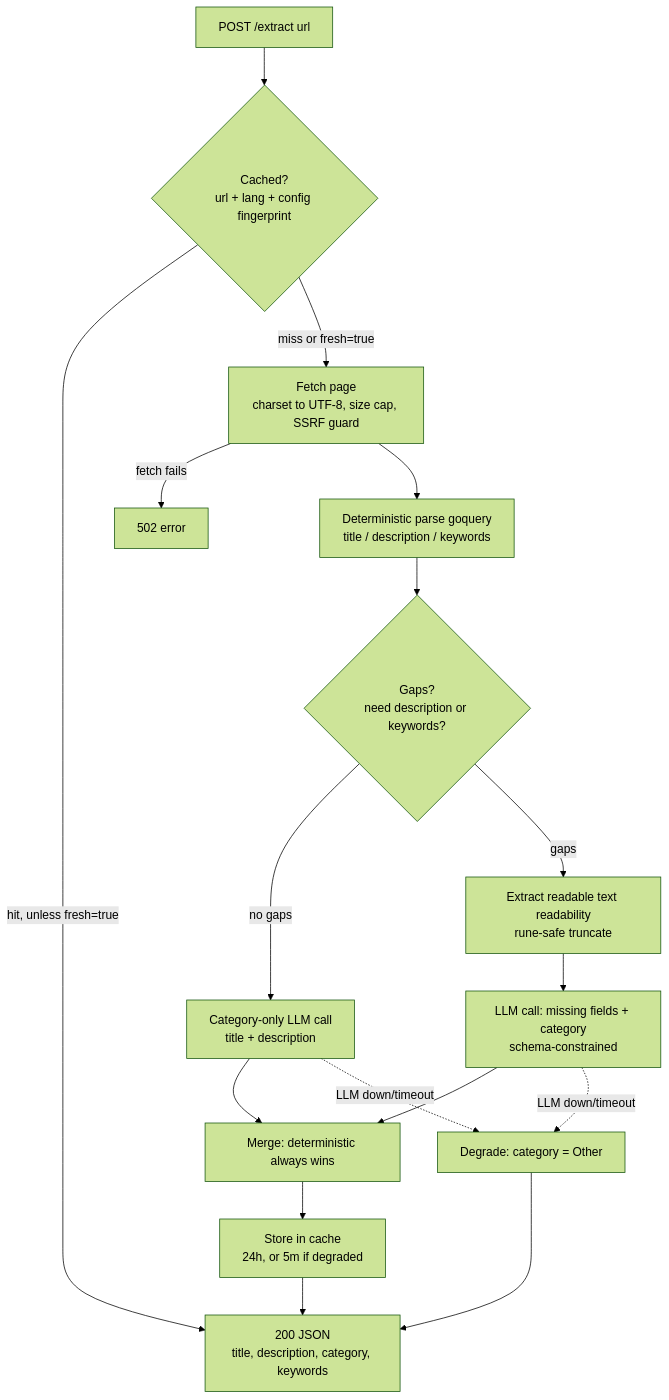
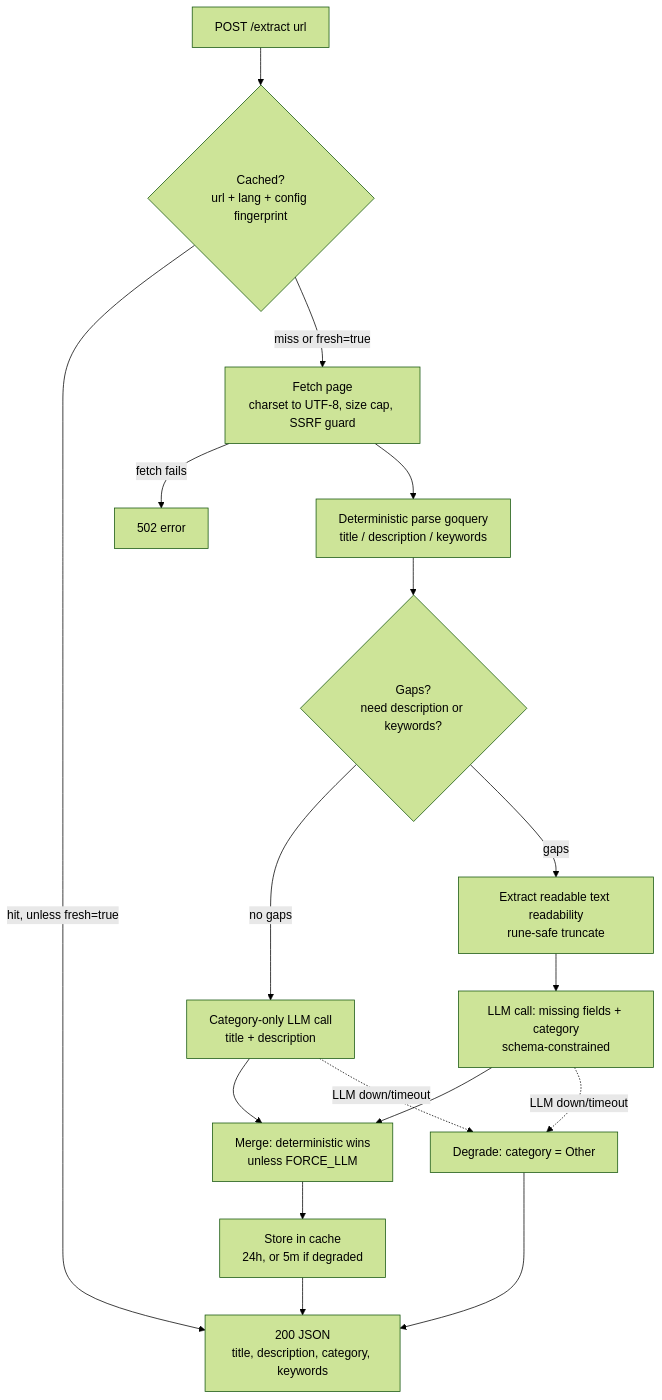
One commit to t0mer/linkmeta changed the first of 2 diagrams in README.md. Above: the diagram before and after it, drawn with Mermaid (forest theme). The commit also changed other lines of this file, not shown here.

````diff
--- a/README.md
+++ b/README.md
@@ -30,20 +66,20 @@
 ```mermaid
 flowchart TD
     A[POST /extract url] --> K{Cached?<br/>url + lang + config fingerprint}
     K -->|hit, unless fresh=true| I
     K -->|miss or fresh=true| B
     B[Fetch page<br/>charset to UTF-8, size cap, SSRF guard]
     B -->|fetch fails| E[502 error]
     B --> C[Deterministic parse goquery<br/>title / description / keywords]
     C --> D{Gaps?<br/>need description or keywords?}
     D -->|no gaps| G[Category-only LLM call<br/>title + description]
     D -->|gaps| F[Extract readable text readability<br/>rune-safe truncate]
     F --> G2[LLM call: missing fields + category<br/>schema-constrained]
-    G --> H[Merge: deterministic always wins]
+    G --> H[Merge: deterministic wins<br/>unless FORCE_LLM]
     G2 --> H
     H --> S[Store in cache<br/>24h, or 5m if degraded]
     S --> I[200 JSON<br/>title, description, category, keywords]
     G -.->|LLM down/timeout| J[Degrade: category = Other]
     G2 -.->|LLM down/timeout| J
     J --> I
 ```
````
